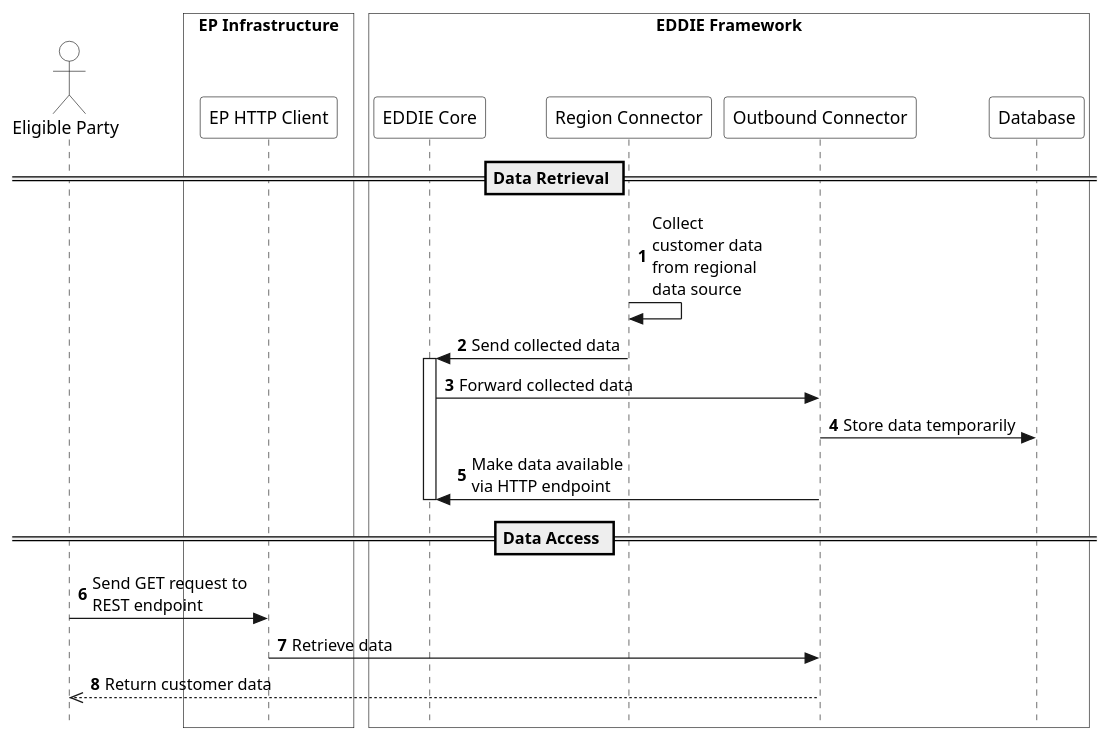
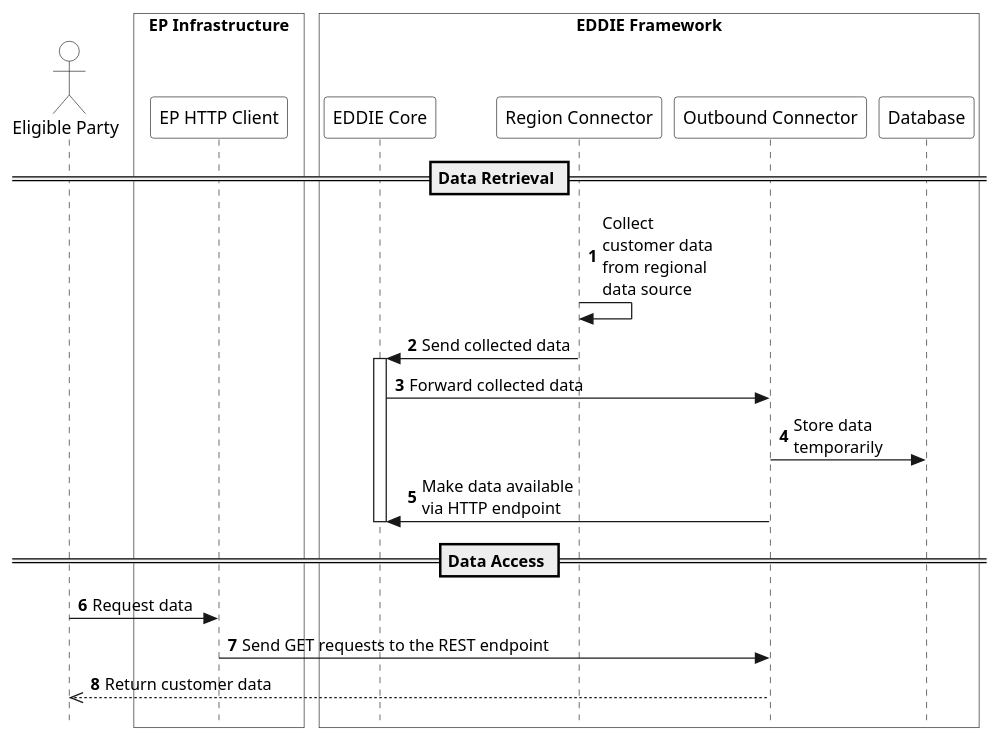
Before and after one commit to eddie-energy/architecture: the diagram in arc42/eddie-framework/runtime-view/figures/eddie-framework-collect-data-http.puml, drawn with PlantUML. The commit also changed 5 other files, not shown here.

```diff
--- a/arc42/eddie-framework/runtime-view/figures/eddie-framework-collect-data-http.puml
+++ b/arc42/eddie-framework/runtime-view/figures/eddie-framework-collect-data-http.puml
@@ -1,39 +1,39 @@
 @startuml eddie-framework-collect-data-http
 
 skinparam style strictuml
 skinparam sequence {
   ParticipantBackgroundColor transparent
   ActorBackgroundColor transparent
 }
 
 autonumber
 !pragma teoz true
 
 actor "Eligible Party" as ep
 
 box "EP Infrastructure" #transparent
   participant "EP HTTP Client" as httpClient
 end box
 
 box "EDDIE Framework" #transparent
   participant "EDDIE Core" as eddie
   participant "Region Connector" as rc
   participant "Outbound Connector" as restOC
   participant "Database" as db
 end box
 
 == Data Retrieval ==
 rc -> rc : Collect \ncustomer data \nfrom regional \ndata source
 rc -> eddie : Send collected data
 activate eddie
 eddie -> restOC : Forward collected data
-restOC -> db : Store data temporarily
+restOC -> db : Store data \ntemporarily
 restOC -> eddie : Make data available\nvia HTTP endpoint
 deactivate eddie
 
 == Data Access ==
-ep -> httpClient : Send GET request to\nREST endpoint
-httpClient -> restOC : Retrieve data
+ep -> httpClient : Request data
+httpClient -> restOC : Send GET requests to the REST endpoint
 restOC -->> ep : Return customer data
 
 @enduml
```
